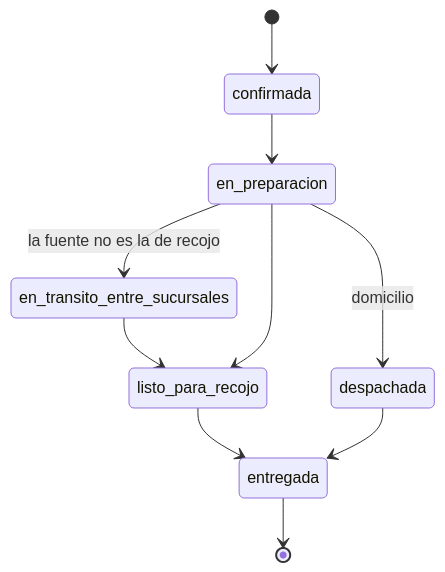
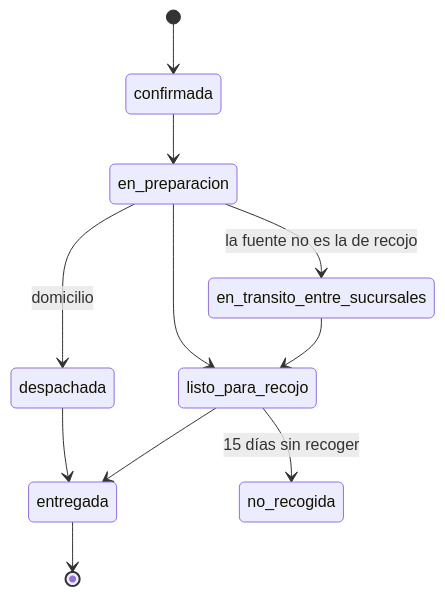
The third of 3 diagrams in docs/03-diseno-de-software/06-estados-y-concurrencia.md (P35C4D0R4B1050/BabelHub), drawn with Mermaid before and after one commit. The commit also changed other lines of this file and 29 other files, not shown here.

First line of the commit message:
docs: align analysis, architecture, design, security and UX docs with the specs

````diff
--- a/docs/03-diseno-de-software/06-estados-y-concurrencia.md
+++ b/docs/03-diseno-de-software/06-estados-y-concurrencia.md
@@ -38,12 +41,13 @@
 ```mermaid
 stateDiagram-v2
 [*] --> confirmada
 confirmada --> en_preparacion
 en_preparacion --> en_transito_entre_sucursales : la fuente no es la de recojo
 en_transito_entre_sucursales --> listo_para_recojo
 en_preparacion --> listo_para_recojo
 en_preparacion --> despachada : domicilio
 listo_para_recojo --> entregada
+listo_para_recojo --> no_recogida : 15 días sin recoger
 despachada --> entregada
 entregada --> [*]
 ```
````
